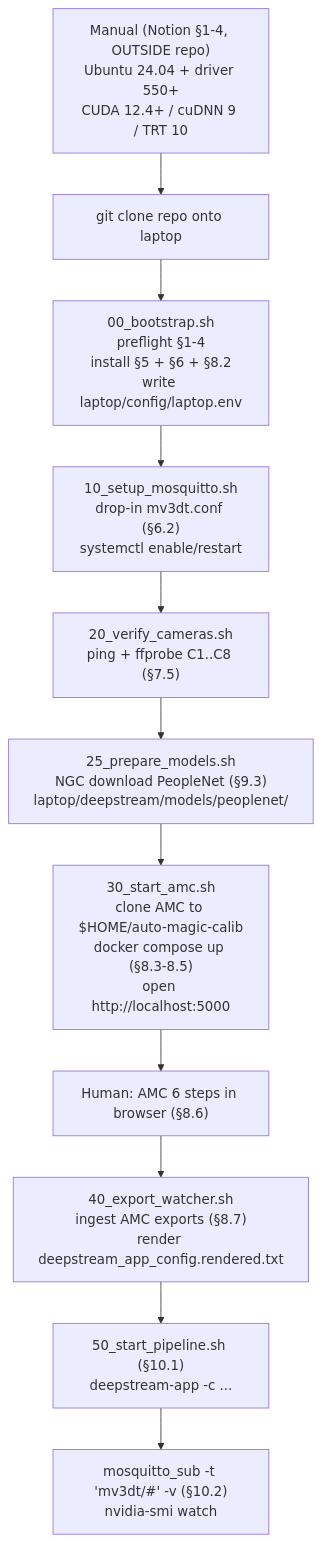
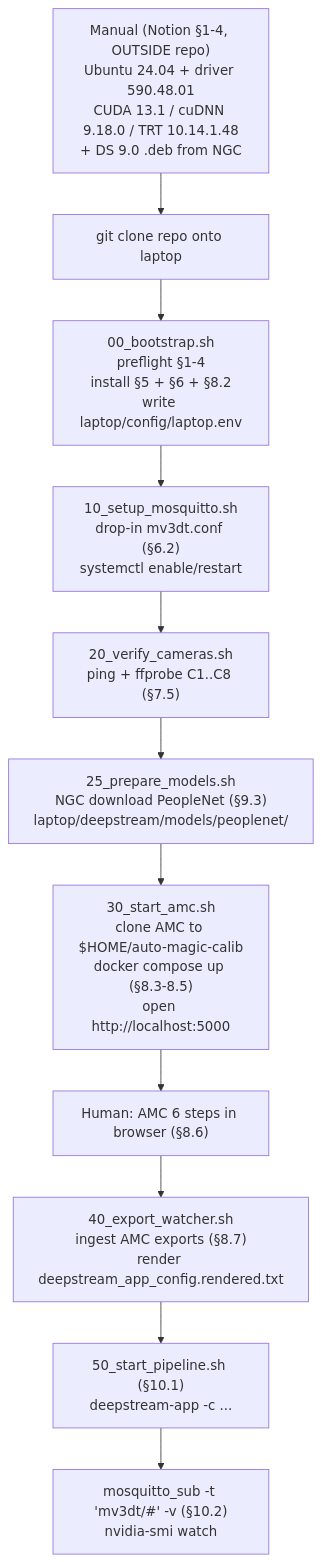
The diagram in laptop/docs/SCRIPTED-WORKFLOW.md (KevinTTO5/P2BP-25_26-Hardware_Test), drawn with Mermaid before and after one commit. The commit also changed other lines of this file and 1 other file, not shown here.

Commit message:
Updated some docs

````diff
--- a/laptop/docs/SCRIPTED-WORKFLOW.md
+++ b/laptop/docs/SCRIPTED-WORKFLOW.md
@@ -67,13 +67,13 @@
 ```mermaid
 flowchart TD
-  N1["Manual (Notion §1-4, OUTSIDE repo)<br/>Ubuntu 24.04 + driver 550+<br/>CUDA 12.4+ / cuDNN 9 / TRT 10"] --> C["git clone repo onto laptop"]
+  N1["Manual (Notion §1-4, OUTSIDE repo)<br/>Ubuntu 24.04 + driver 590.48.01<br/>CUDA 13.1 / cuDNN 9.18.0 / TRT 10.14.1.48<br/>+ DS 9.0 .deb from NGC"] --> C["git clone repo onto laptop"]
   C --> B["00_bootstrap.sh<br/>preflight §1-4<br/>install §5 + §6 + §8.2<br/>write laptop/config/laptop.env"]
   B --> M["10_setup_mosquitto.sh<br/>drop-in mv3dt.conf (§6.2)<br/>systemctl enable/restart"]
   M --> V["20_verify_cameras.sh<br/>ping + ffprobe C1..C8 (§7.5)"]
   V --> D["25_prepare_models.sh<br/>NGC download PeopleNet (§9.3)<br/>laptop/deepstream/models/peoplenet/"]
   D --> A["30_start_amc.sh<br/>clone AMC to $HOME/auto-magic-calib<br/>docker compose up (§8.3-8.5)<br/>open http://localhost:5000"]
   A --> H["Human: AMC 6 steps in browser (§8.6)"]
   H --> W["40_export_watcher.sh<br/>ingest AMC exports (§8.7)<br/>render deepstream_app_config.rendered.txt"]
   W --> P["50_start_pipeline.sh (§10.1)<br/>deepstream-app -c ..."]
   P --> S["mosquitto_sub -t 'mv3dt/#' -v (§10.2)<br/>nvidia-smi watch"]
 ```
````
